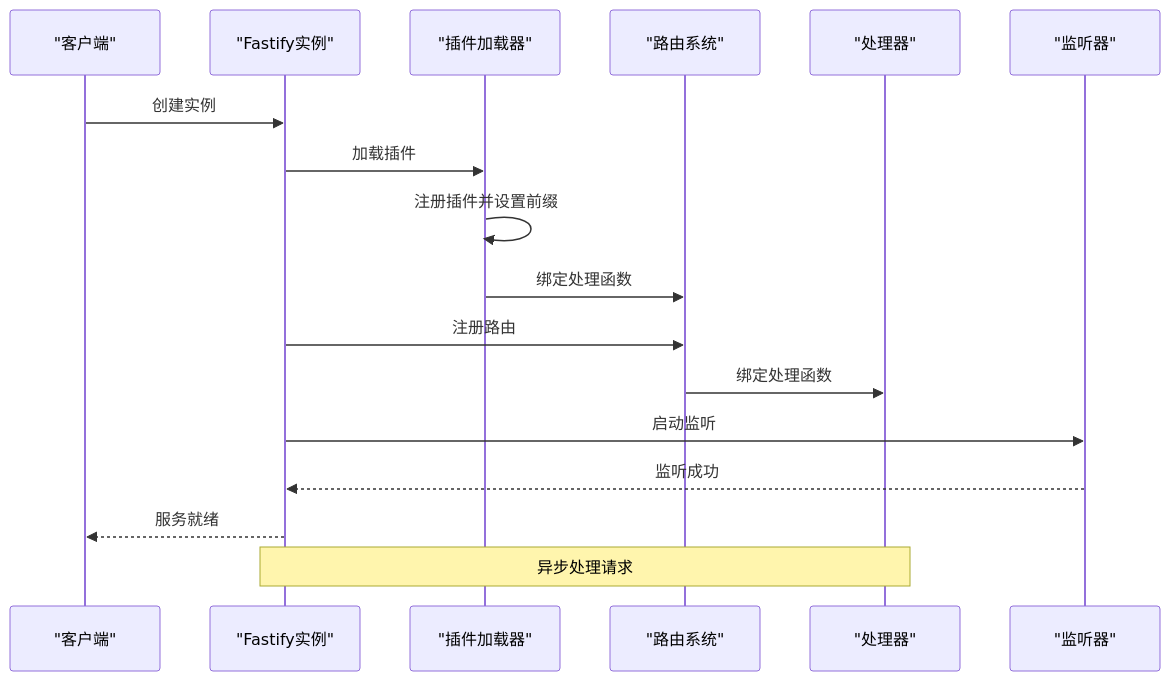
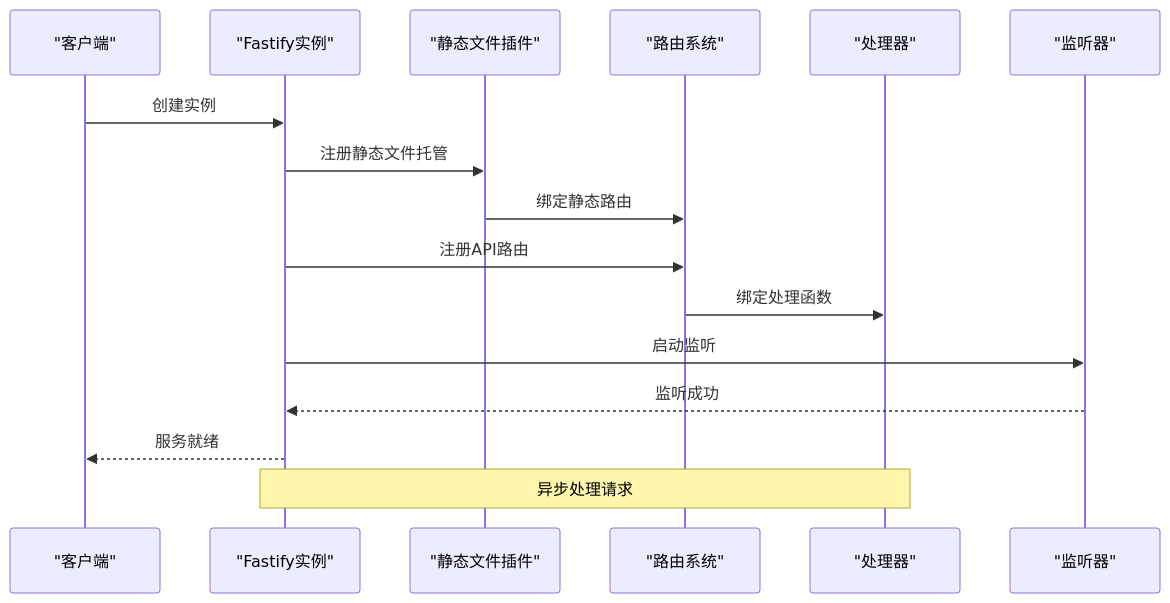
One commit to esa-sp/test-for-aone-ci changed the fifth of 14 diagrams in .qoder/repowiki/zh/content/后端框架测试/Fastify高性能框架测试.md. Above: the diagram before and after it, drawn with Mermaid. The commit also changed other lines of this file and 31 other files, not shown here.

````diff
--- a/.qoder/repowiki/zh/content/后端框架测试/Fastify高性能框架测试.md
+++ b/.qoder/repowiki/zh/content/后端框架测试/Fastify高性能框架测试.md
@@ -257,19 +234,18 @@
 ```mermaid
 sequenceDiagram
 participant Client as "客户端"
 participant Fastify as "Fastify实例"
-participant PluginLoader as "插件加载器"
+participant StaticPlugin as "静态文件插件"
 participant Router as "路由系统"
 participant Handler as "处理器"
 participant Listener as "监听器"
 Client->>Fastify : 创建实例
-Fastify->>PluginLoader : 加载插件
-PluginLoader->>PluginLoader : 注册插件并设置前缀
-PluginLoader->>Router : 绑定处理函数
-Fastify->>Router : 注册路由
+Fastify->>StaticPlugin : 注册静态文件托管
+StaticPlugin->>Router : 绑定静态路由
+Fastify->>Router : 注册API路由
 Router->>Handler : 绑定处理函数
 Fastify->>Listener : 启动监听
 Listener-->>Fastify : 监听成功
 Fastify-->>Client : 服务就绪
 Note over Fastify,Handler : 异步处理请求
 ```
````
